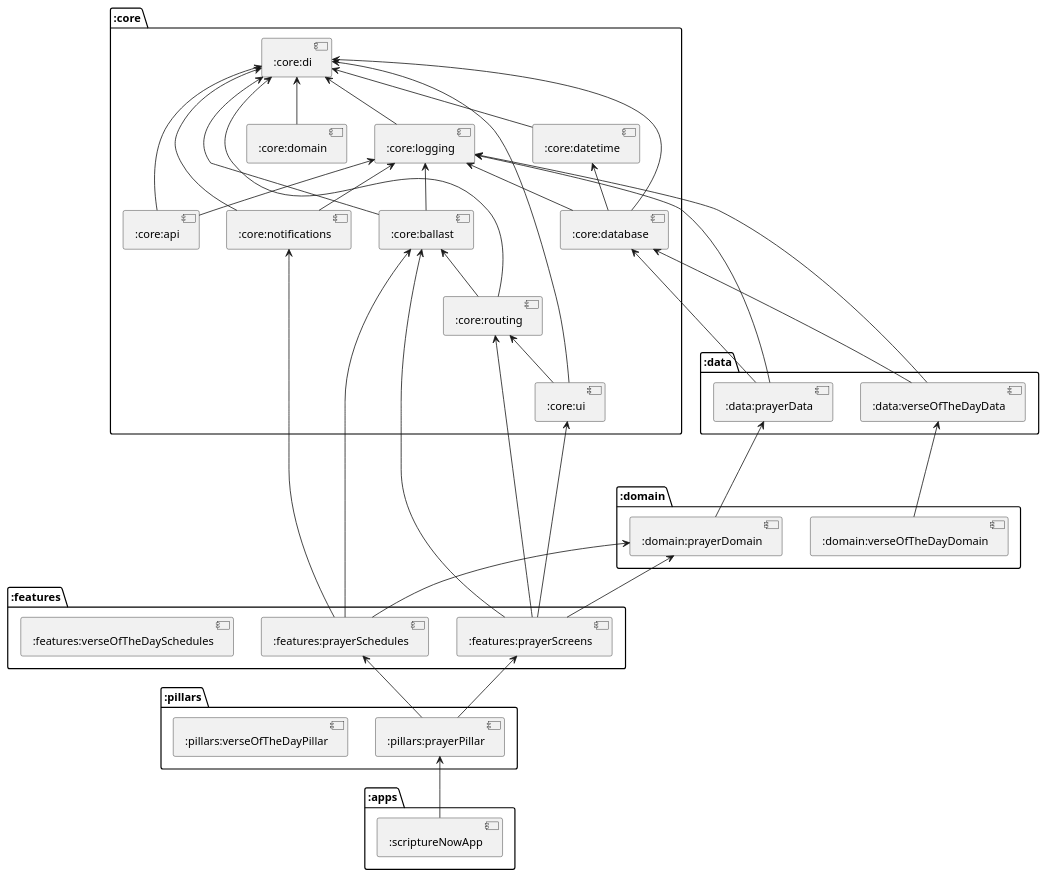
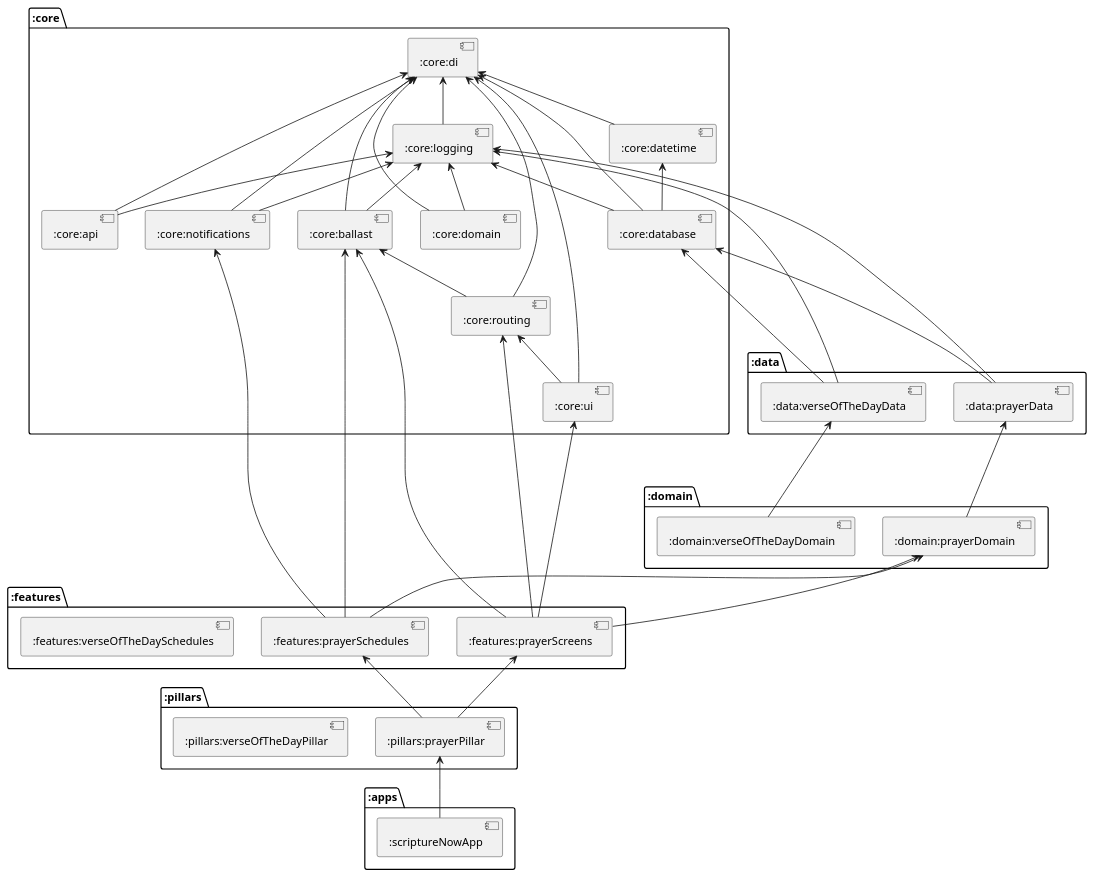
One commit to cjbrooks12/scripture-apps changed the diagram in dependencyGraph.puml. Above: the diagram before and after it, drawn with PlantUML. The commit also changed 43 other files, not shown here.

```diff
--- a/dependencyGraph.puml
+++ b/dependencyGraph.puml
@@ -1,88 +1,89 @@
 @startuml
 
 ' Define components for all Gradle modules
 package ":core" {
     component [:core:api] as coreApi
     component [:core:ballast] as coreBallast
     component [:core:database] as coreDatabase
     component [:core:datetime] as coreDatetime
     component [:core:di] as coreDi
     component [:core:domain] as coreDomain
     component [:core:logging] as coreLogging
     component [:core:notifications] as coreNotifications
     component [:core:routing] as coreRouting
     component [:core:ui] as coreUi
 }
 
 package ":data" {
     component [:data:prayerData] as prayerData
     component [:data:verseOfTheDayData] as verseOfTheDayData
 }
 
 package ":domain" {
     component [:domain:prayerDomain] as prayerDomain
     component [:domain:verseOfTheDayDomain] as verseOfTheDayDomain
 }
 
 package ":features" {
     'component [:features:bible] as bibleFeature
     'component [:features:foryou] as foryouFeature
     component [:features:prayerSchedules] as prayerSchedulesFeature
     component [:features:prayerScreens] as prayerScreensFeature
     'component [:features:prayerWidgets] as prayerWidgetsFeature
     'component [:features:scriptureMemory] as scriptureMemoryFeature
     'component [:features:settings] as settingsFeature
     'component [:features:topicalBible] as topicalBibleFeature
     component [:features:verseOfTheDaySchedules] as verseOfTheDaySchedulesFeature
 }
 
 package ":pillars" {
     component [:pillars:prayerPillar] as prayerPillar
     component [:pillars:verseOfTheDayPillar] as verseOfTheDayPillar
 }
 
 package ":apps" {
     component [:scriptureNowApp] as scriptureNowApp
 }
 
 ' Define connections between modules
 coreDi <-- coreApi
 coreDi <-- coreBallast
 coreDi <-- coreDatabase
 coreDi <-- coreDatetime
 coreDi <-- coreDomain
 coreDi <-- coreLogging
 coreDi <-- coreNotifications
 coreDi <-- coreRouting
 coreDi <-- coreUi
 coreDatetime <-- coreDatabase
 coreBallast <-- coreRouting
 coreRouting <-- coreUi
 coreLogging <-- coreApi
 coreLogging <-- coreDatabase
 coreLogging <-- coreBallast
 coreLogging <-- coreNotifications
+coreLogging <-- coreDomain
 
 coreDatabase <--- prayerData
 coreLogging <--- prayerData
 coreDatabase <--- verseOfTheDayData
 coreLogging <--- verseOfTheDayData
 
 prayerData <--- prayerDomain
 verseOfTheDayData <--- verseOfTheDayDomain
 
 coreBallast <-- prayerSchedulesFeature
 coreNotifications <-- prayerSchedulesFeature
 prayerDomain <-- prayerSchedulesFeature
 
 coreBallast <-- prayerScreensFeature
 coreRouting <-- prayerScreensFeature
 coreUi <-- prayerScreensFeature
 prayerDomain <-- prayerScreensFeature
 
 prayerScreensFeature <-- prayerPillar
 prayerSchedulesFeature <-- prayerPillar
 
 prayerPillar <-- scriptureNowApp
 
 @enduml
```
